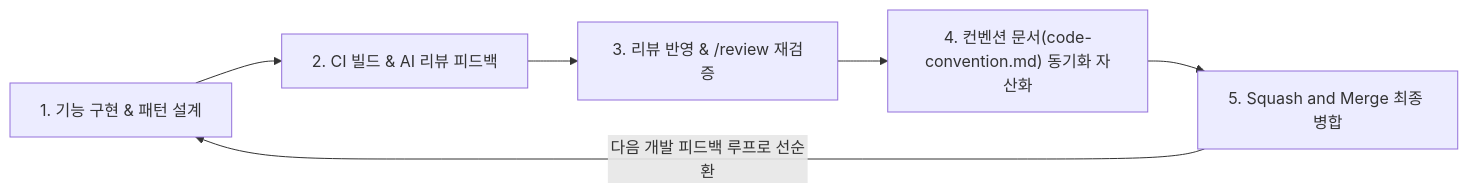
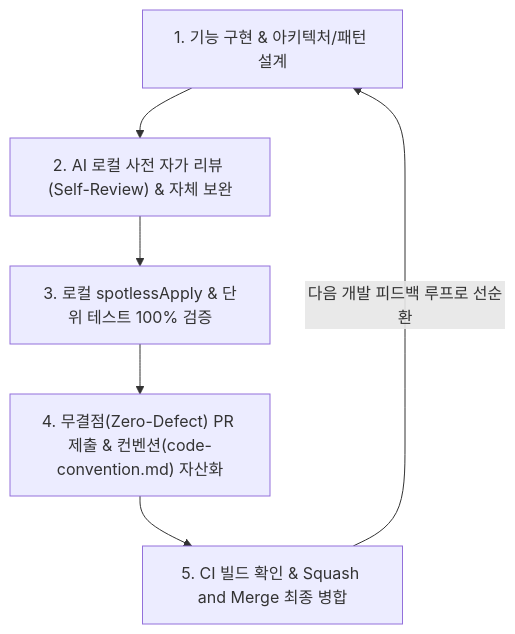
Before and after one commit to ShinhanDSProject/shinhan-delivery: the diagram in docs/onboarding-roadmap.md, drawn with Mermaid. The commit also changed other lines of this file, not shown here.

Commit message:
docs: Add AI Self-Review & Zero-Defect PR workflow to onboarding roadmap

````diff
--- a/docs/onboarding-roadmap.md
+++ b/docs/onboarding-roadmap.md
@@ -97,8 +101,8 @@
 ```mermaid
-graph LR
-    A["1. 기능 구현 & 패턴 설계"] --> B["2. CI 빌드 & AI 리뷰 피드백"]
-    B --> C["3. 리뷰 반영 & /review 재검증"]
-    C --> D["4. 컨벤션 문서(code-convention.md) 동기화 자산화"]
-    D --> E["5. Squash and Merge 최종 병합"]
+graph TD
+    A["1. 기능 구현 & 아키텍처/패턴 설계"] --> B["2. AI 로컬 사전 자가 리뷰 (Self-Review) & 자체 보완"]
+    B --> C["3. 로컬 spotlessApply & 단위 테스트 100% 검증"]
+    C --> D["4. 무결점(Zero-Defect) PR 제출 & 컨벤션(code-convention.md) 자산화"]
+    D --> E["5. CI 빌드 확인 & Squash and Merge 최종 병합"]
     E -->|"다음 개발 피드백 루프로 선순환"| A
 ```
````
